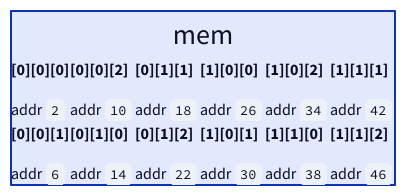
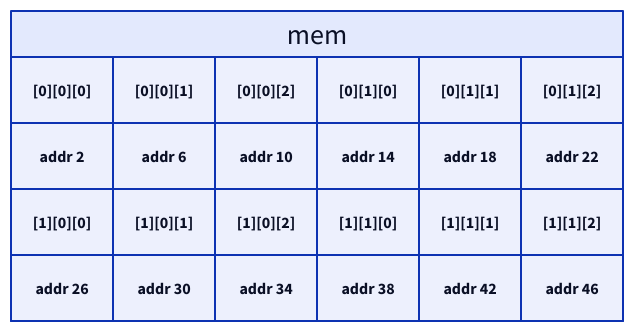
Before and after one commit to ani2fun/note-book: diagram 32 of 50 in src/computer-science/DSA/data-structures/1.arrays/02-multidimensional.md, drawn with D2. The commit also changed other lines of this file, not shown here.

First line of the commit message:
DSA arrays/02-multidimensional: deep narrative pass + diagram tabular sweep

````diff
--- a/src/computer-science/DSA/data-structures/1.arrays/02-multidimensional.md
+++ b/src/computer-science/DSA/data-structures/1.arrays/02-multidimensional.md
@@ -1704,66 +1677,31 @@
 ```d2
 mem: {
+  grid-rows: 4
   grid-columns: 6
   grid-gap: 0
-  a: |md
-    **[0][0][0]**
-
-    addr `2`
-  |
-  b: |md
-    **[0][0][1]**
-
-    addr `6`
-  |
-  c: |md
-    **[0][0][2]**
-
-    addr `10`
-  |
-  d: |md
-    **[0][1][0]**
-
-    addr `14`
-  |
-  e: |md
-    **[0][1][1]**
-
-    addr `18`
-  |
-  f: |md
-    **[0][1][2]**
-
-    addr `22`
-  |
-  g: |md
-    **[1][0][0]**
-
-    addr `26`
-  |
-  h: |md
-    **[1][0][1]**
-
-    addr `30`
-  |
-  i: |md
-    **[1][0][2]**
-
-    addr `34`
-  |
-  j: |md
-    **[1][1][0]**
-
-    addr `38`
-  |
-  k: |md
-    **[1][1][1]**
-
-    addr `42`
-  |
-  l: |md
-    **[1][1][2]**
-
-    addr `46`
-  |
+  i0: "[0][0][0]"
+  i1: "[0][0][1]"
+  i2: "[0][0][2]"
+  i3: "[0][1][0]"
+  i4: "[0][1][1]"
+  i5: "[0][1][2]"
+  a0: "addr 2"
+  a1: "addr 6"
+  a2: "addr 10"
+  a3: "addr 14"
+  a4: "addr 18"
+  a5: "addr 22"
+  i6: "[1][0][0]"
+  i7: "[1][0][1]"
+  i8: "[1][0][2]"
+  i9: "[1][1][0]"
+  i10: "[1][1][1]"
+  i11: "[1][1][2]"
+  a6: "addr 26"
+  a7: "addr 30"
+  a8: "addr 34"
+  a9: "addr 38"
+  a10: "addr 42"
+  a11: "addr 46"
 }
 ```
````
